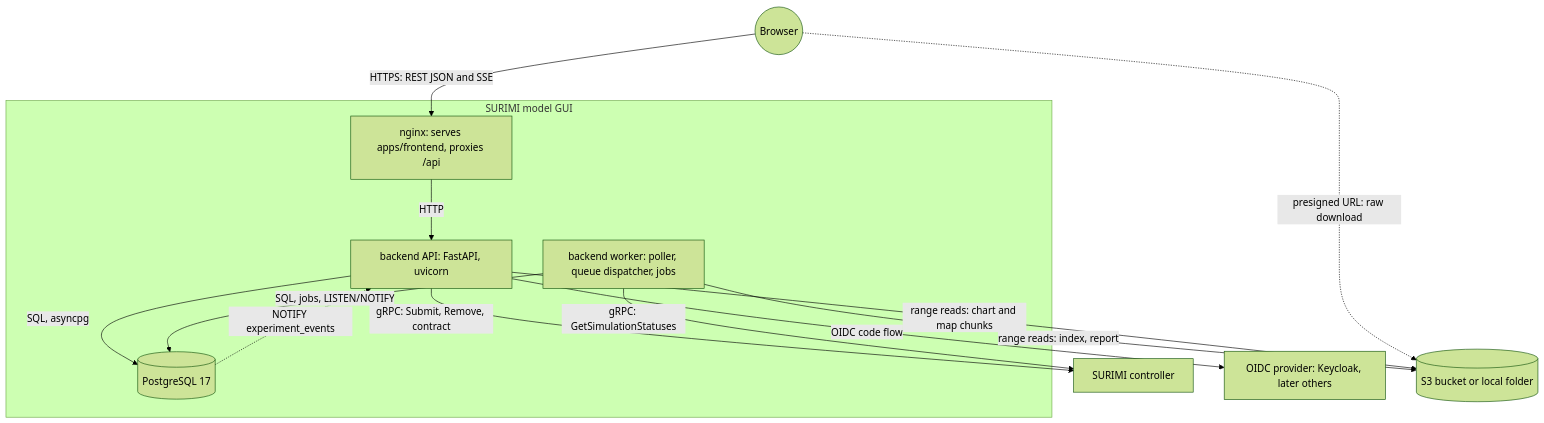
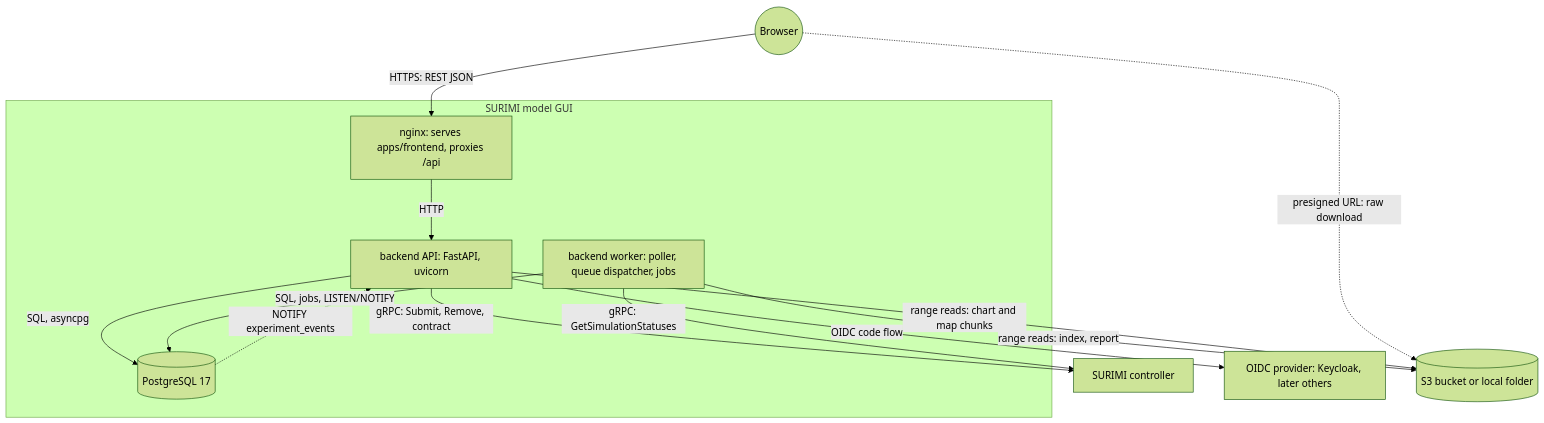
Before and after one commit to SURIMI-Project/SURIMI-modelgui: the third of 9 diagrams in docs/ARCHITECTURE.md, drawn with Mermaid (forest theme). The commit also changed other lines of this file and 215 other files, not shown here.

````diff
--- a/docs/ARCHITECTURE.md
+++ b/docs/ARCHITECTURE.md
@@ -136,25 +151,25 @@
 ```mermaid
 flowchart TB
     browser(("Browser"))
     subgraph app [SURIMI model GUI]
         nginx["nginx: serves apps/frontend, proxies /api"]
         api["backend API: FastAPI, uvicorn"]
         worker["backend worker: poller, queue dispatcher, jobs"]
         db[("PostgreSQL 17")]
     end
     ctrl["SURIMI controller"]
     kc["OIDC provider: Keycloak, later others"]
     store[("S3 bucket or local folder")]
 
-    browser -->|"HTTPS: REST JSON and SSE"| nginx
+    browser -->|"HTTPS: REST JSON"| nginx
     nginx -->|HTTP| api
     api -->|"SQL, asyncpg"| db
     api -->|"gRPC: Submit, Remove, contract"| ctrl
     api -->|"OIDC code flow"| kc
     worker -->|"SQL, jobs, LISTEN/NOTIFY"| db
     worker -->|"gRPC: GetSimulationStatuses"| ctrl
     worker -->|"range reads: index, report"| store
     api -->|"range reads: chart and map chunks"| store
     browser -.->|"presigned URL: raw download"| store
     db -.->|"NOTIFY experiment_events"| api
 ```
````
